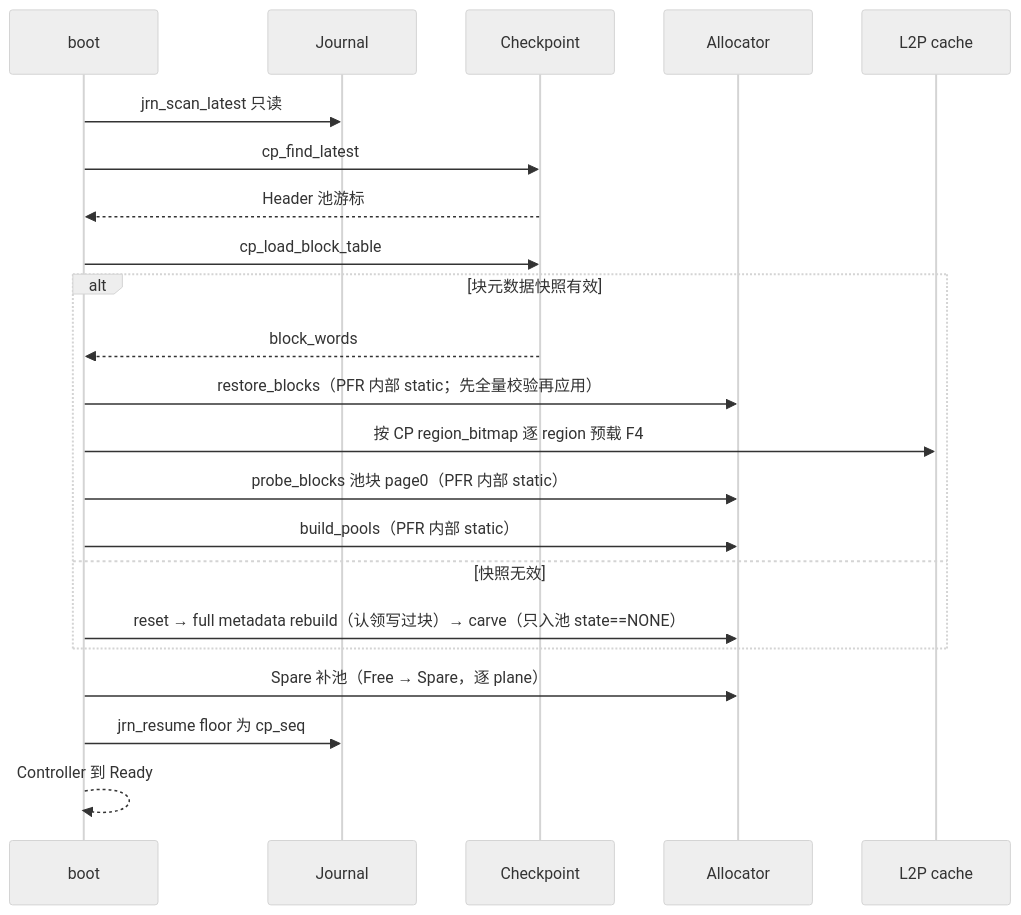
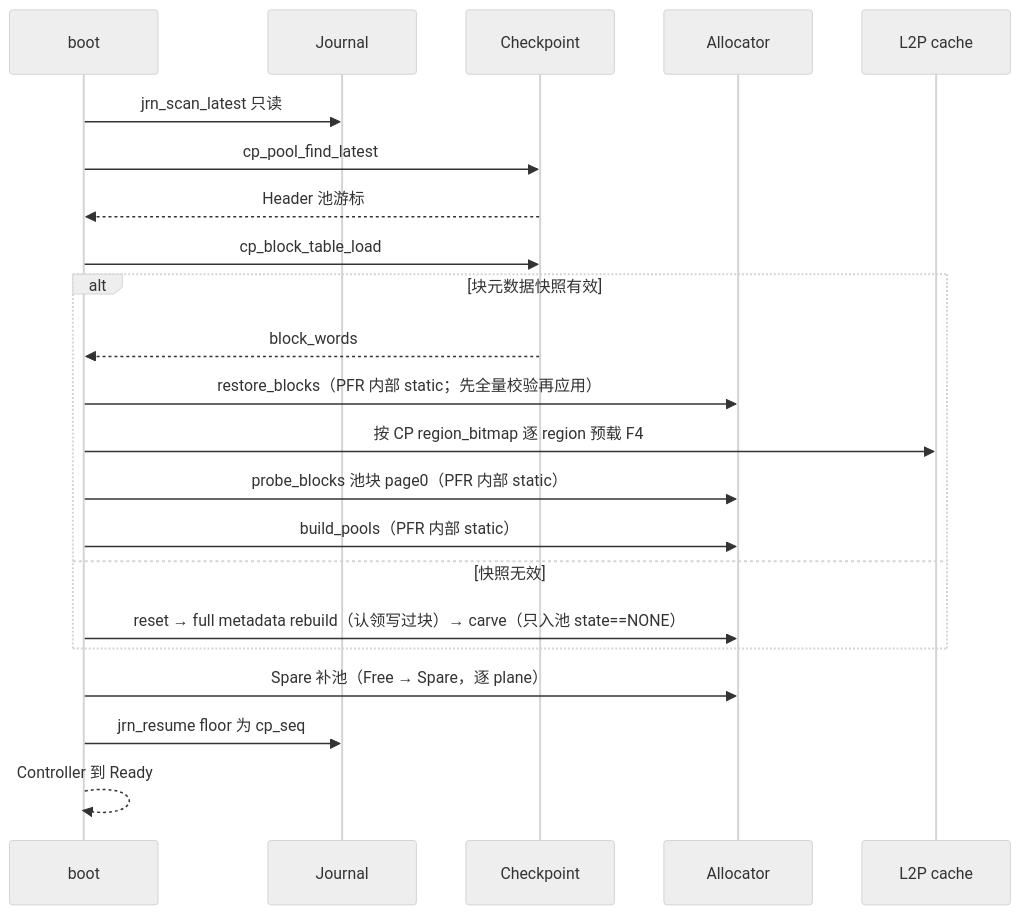
One commit to YzYMIAO/BASESSD changed diagram 24 of 32 in docs/design/ftl_design.md. Above: the diagram before and after it, drawn with Mermaid (neutral theme). The commit also changed other lines of this file and 14 other files, not shown here.

````diff
--- a/docs/design/ftl_design.md
+++ b/docs/design/ftl_design.md
@@ -3798,25 +3798,25 @@
 ```mermaid
 sequenceDiagram
     participant B as boot
     participant J as Journal
     participant C as Checkpoint
     participant A as Allocator
     participant L as L2P cache
 
     B->>J: jrn_scan_latest 只读
-    B->>C: cp_find_latest
+    B->>C: cp_pool_find_latest
     C-->>B: Header 池游标
-    B->>C: cp_load_block_table
+    B->>C: cp_block_table_load
     alt 块元数据快照有效
         C-->>B: block_words
         B->>A: restore_blocks（PFR 内部 static；先全量校验再应用）
         B->>L: 按 CP region_bitmap 逐 region 预载 F4
         B->>A: probe_blocks 池块 page0（PFR 内部 static）
         B->>A: build_pools（PFR 内部 static）
     else 快照无效
         B->>A: reset → full metadata rebuild（认领写过块）→ carve（只入池 state==NONE）
     end
     B->>A: Spare 补池（Free → Spare，逐 plane）
     B->>J: jrn_resume floor 为 cp_seq
     B-->>B: Controller 到 Ready
 ```
````
